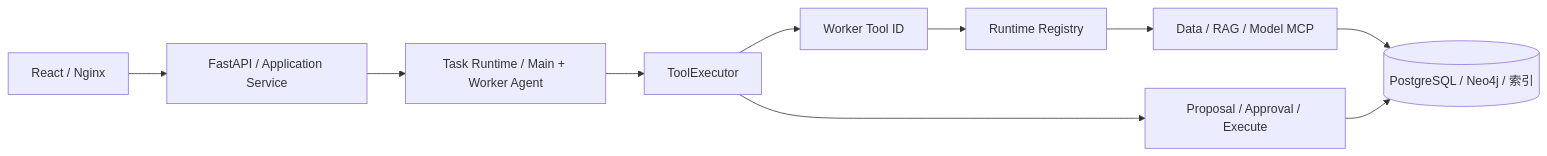
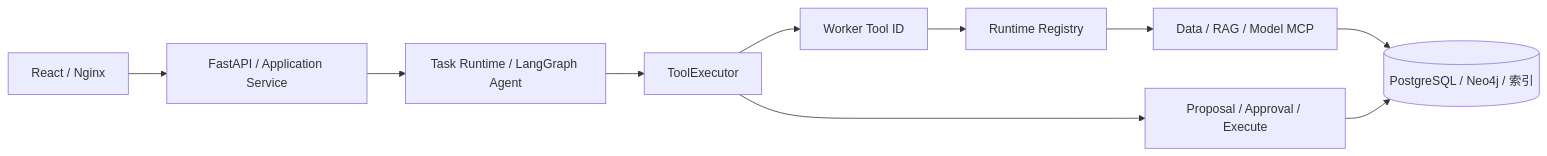
One commit to lxh-boop/stock-agent-platform changed the first of 3 diagrams in README.md. Above: the diagram before and after it, drawn with Mermaid. The commit also changed other lines of this file and 698 other files, not shown here.

First line of the commit message:
refactor!: 删除自研 agent 体系，LangGraph 成为唯一引擎

````diff
--- a/README.md
+++ b/README.md
@@ -32,12 +32,12 @@
 ```mermaid
 flowchart LR
     A["React / Nginx"] --> B["FastAPI / Application Service"]
-    B --> C["Task Runtime / Main + Worker Agent"]
+    B --> C["Task Runtime / LangGraph Agent"]
     C --> D["ToolExecutor"]
     D --> E["Worker Tool ID"]
     E --> F["Runtime Registry"]
     F --> G["Data / RAG / Model MCP"]
     G --> H[("PostgreSQL / Neo4j / 索引")]
     D --> I["Proposal / Approval / Execute"]
     I --> H
 ```
````
